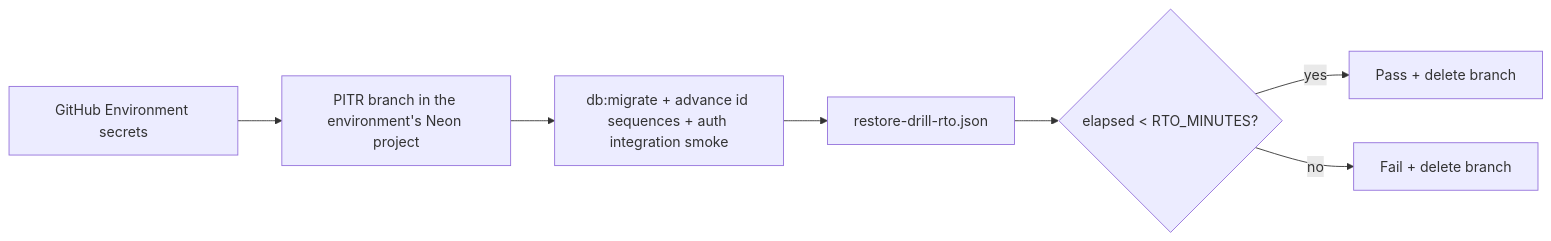
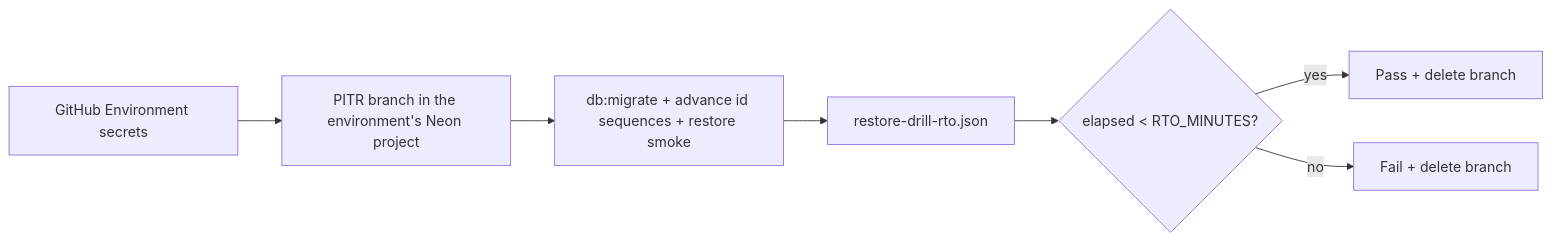
Before and after one commit to albetrios/clinozy-be: the diagram in docs/process/backup-drills.md, drawn with Mermaid. The commit also changed other lines of this file and 13 other files, not shown here.

````diff
--- a/docs/process/backup-drills.md
+++ b/docs/process/backup-drills.md
@@ -21,9 +21,9 @@
 ```mermaid
 flowchart LR
   A[GitHub Environment secrets] --> B["PITR branch in the environment's Neon project"]
-  B --> C[db:migrate + advance id sequences + auth integration smoke]
+  B --> C[db:migrate + advance id sequences + restore smoke]
   C --> D[restore-drill-rto.json]
   D --> E{elapsed < RTO_MINUTES?}
   E -->|yes| F[Pass + delete branch]
   E -->|no| G[Fail + delete branch]
 ```
````
